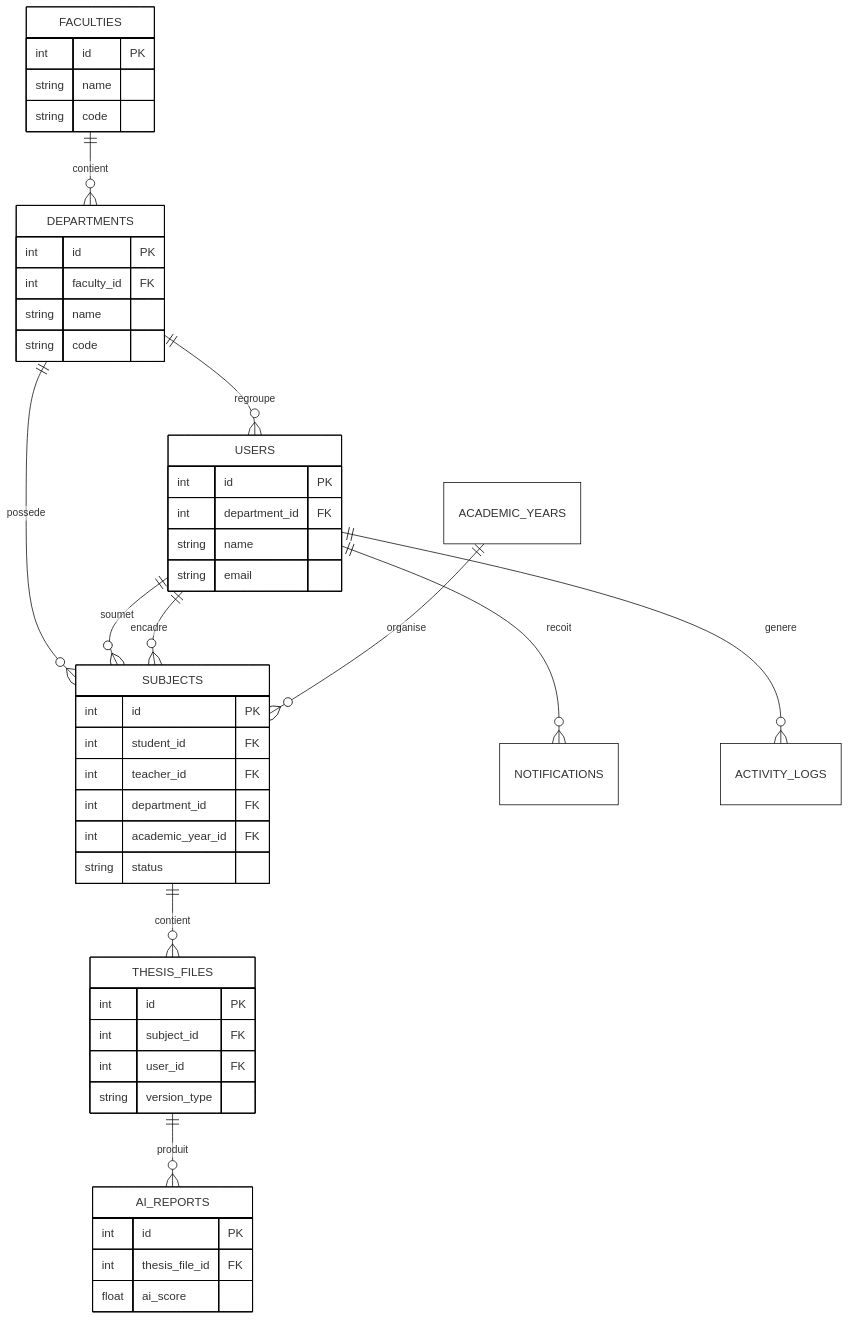
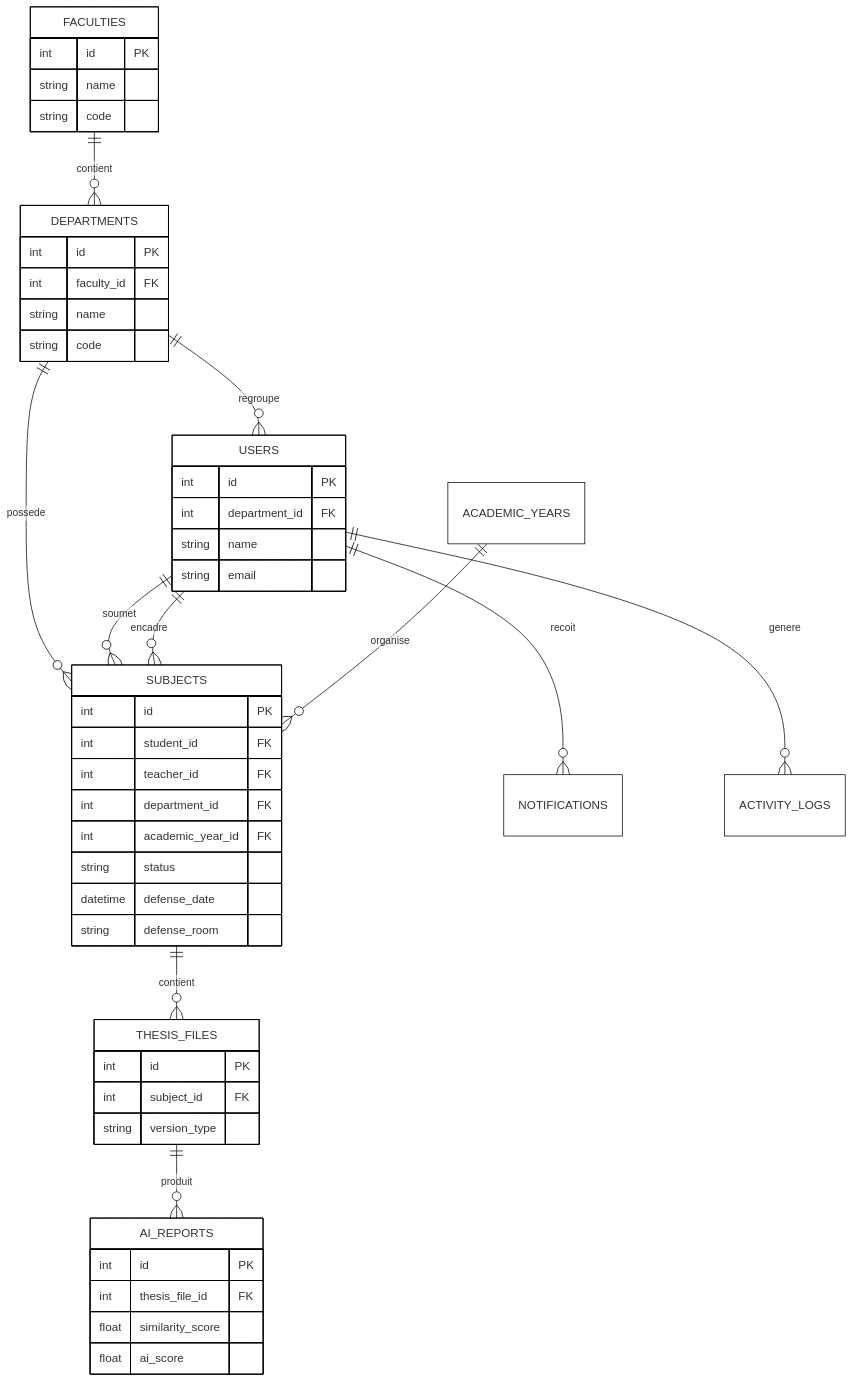
Before and after one commit to DavidMwangaza/TFC-Manager: diagram 11 of 13 in DIAGRAMMES-PAR-CHAPITRE-NB.md, drawn with Mermaid. The commit also changed other lines of this file and 34 other files, not shown here.

````diff
--- a/DIAGRAMMES-PAR-CHAPITRE-NB.md
+++ b/DIAGRAMMES-PAR-CHAPITRE-NB.md
@@ -323,51 +333,53 @@
 ```mermaid
 %%{init: {'theme':'base','themeVariables': {'background':'#ffffff','primaryColor':'#ffffff','primaryBorderColor':'#000000','lineColor':'#000000','textColor':'#000000'}}}%%
 erDiagram
     FACULTIES ||--o{ DEPARTMENTS : contient
     DEPARTMENTS ||--o{ USERS : regroupe
     DEPARTMENTS ||--o{ SUBJECTS : possede
     USERS ||--o{ SUBJECTS : soumet
     USERS ||--o{ SUBJECTS : encadre
     ACADEMIC_YEARS ||--o{ SUBJECTS : organise
     SUBJECTS ||--o{ THESIS_FILES : contient
     THESIS_FILES ||--o{ AI_REPORTS : produit
     USERS ||--o{ NOTIFICATIONS : recoit
     USERS ||--o{ ACTIVITY_LOGS : genere
 
     FACULTIES {
         int id PK
         string name
         string code
     }
     DEPARTMENTS {
         int id PK
         int faculty_id FK
         string name
         string code
     }
     USERS {
         int id PK
         int department_id FK
         string name
         string email
     }
     SUBJECTS {
         int id PK
         int student_id FK
         int teacher_id FK
         int department_id FK
         int academic_year_id FK
         string status
+        datetime defense_date
+        string defense_room
     }
     THESIS_FILES {
         int id PK
         int subject_id FK
-        int user_id FK
         string version_type
     }
     AI_REPORTS {
         int id PK
         int thesis_file_id FK
+        float similarity_score
         float ai_score
     }
 ```
````
